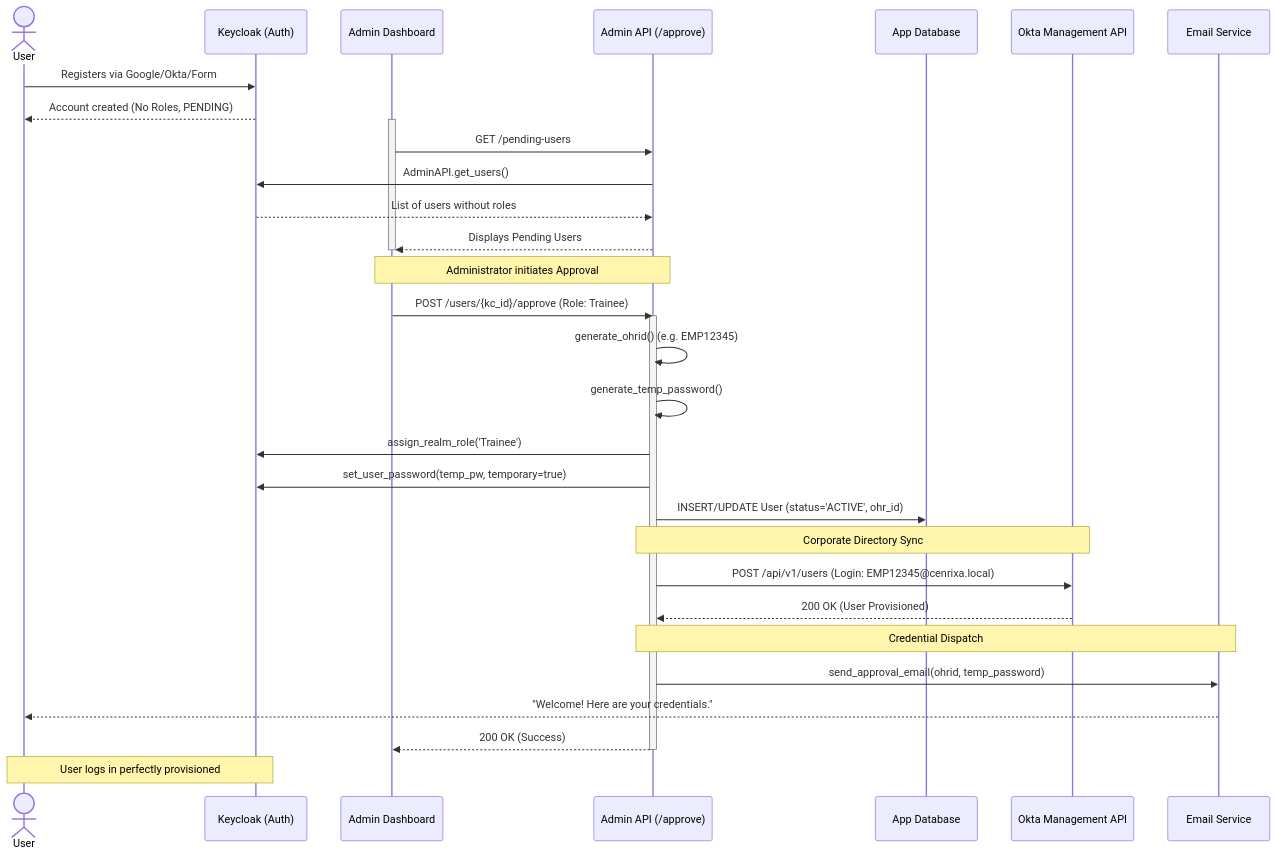
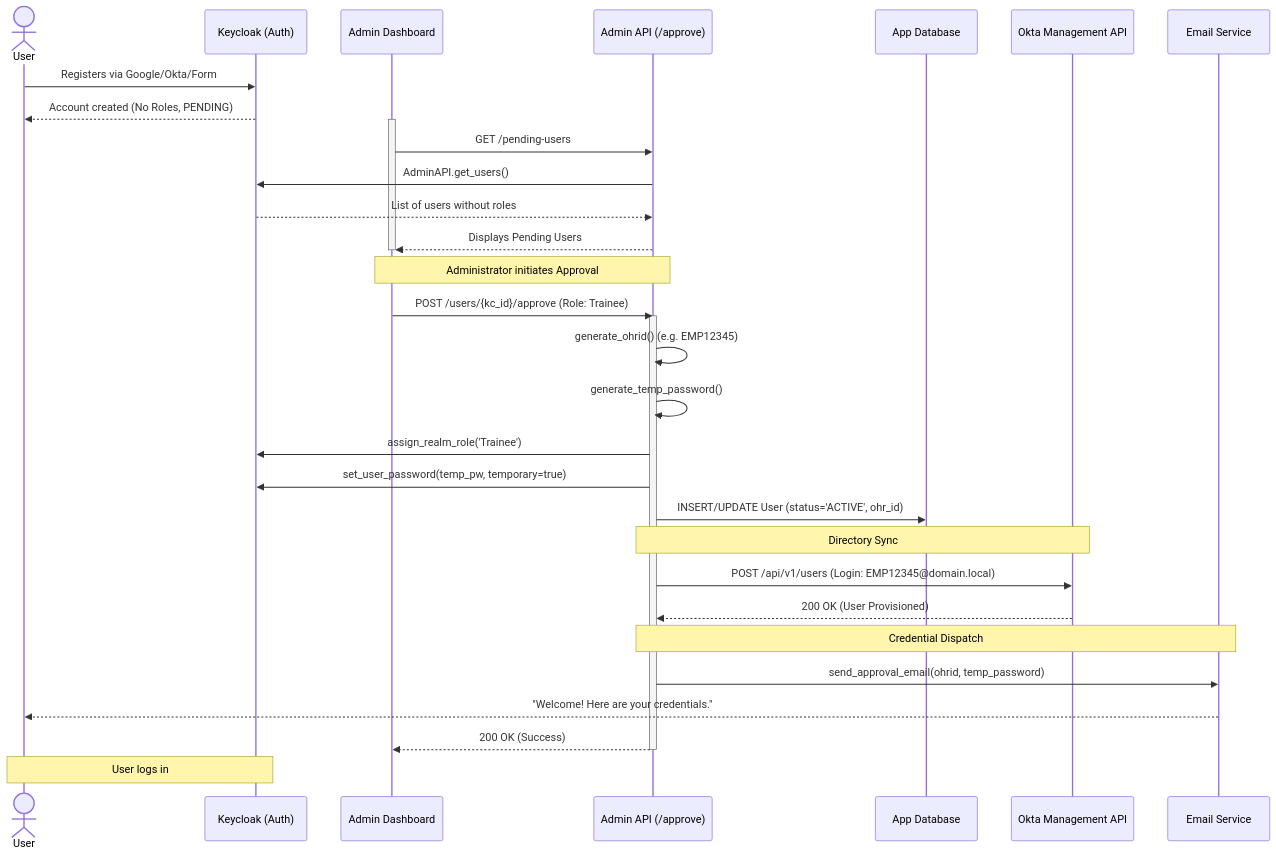
One commit to k-yashita-varsha/CENXIRA changed the third of 4 diagrams in cenrixa_documentation.md. Above: the diagram before and after it, drawn with Mermaid. The commit also changed other lines of this file and 13 other files, not shown here.

````diff
--- a/cenrixa_documentation.md
+++ b/cenrixa_documentation.md
@@ -172,46 +258,46 @@
 ```mermaid
 sequenceDiagram
     actor User
     participant KC as Keycloak (Auth)
     participant UI as Admin Dashboard
     participant API as Admin API (/approve)
     participant DB as App Database
     participant Okta as Okta Management API
     participant SMTP as Email Service
 
     User->>KC: Registers via Google/Okta/Form
     KC-->>User: Account created (No Roles, PENDING)
     
     activate UI
     UI->>API: GET /pending-users
     API->>KC: AdminAPI.get_users()
     KC-->>API: List of users without roles
     API-->>UI: Displays Pending Users
     deactivate UI
 
     Note over UI,API: Administrator initiates Approval
     
     UI->>API: POST /users/{kc_id}/approve (Role: Trainee)
     activate API
     
     API->>API: generate_ohrid() (e.g. EMP12345)
     API->>API: generate_temp_password()
     
     API->>KC: assign_realm_role('Trainee')
     API->>KC: set_user_password(temp_pw, temporary=true)
     
     API->>DB: INSERT/UPDATE User (status='ACTIVE', ohr_id)
     
-    Note over API,Okta: Corporate Directory Sync
-    API->>Okta: POST /api/v1/users (Login: EMP12345@cenrixa.local)
+    Note over API,Okta: Directory Sync
+    API->>Okta: POST /api/v1/users (Login: EMP12345@domain.local)
     Okta-->>API: 200 OK (User Provisioned)
     
     Note over API,SMTP: Credential Dispatch
     API->>SMTP: send_approval_email(ohrid, temp_password)
     SMTP-->>User: "Welcome! Here are your credentials."
     
     API-->>UI: 200 OK (Success)
     deactivate API
     
-    Note over User,KC: User logs in perfectly provisioned
+    Note over User,KC: User logs in
 ```
````
